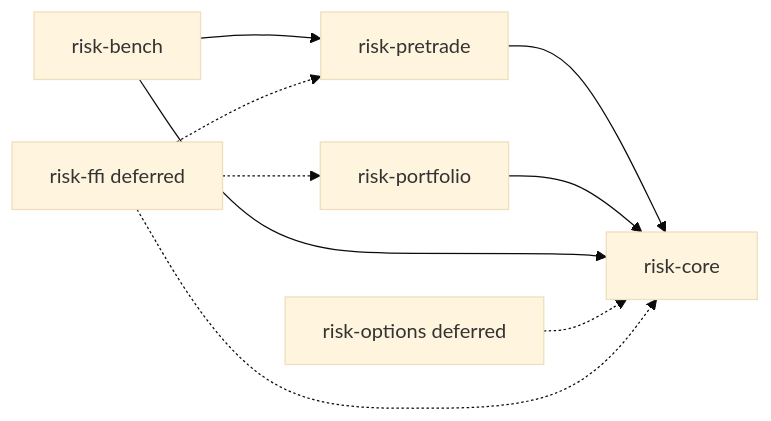
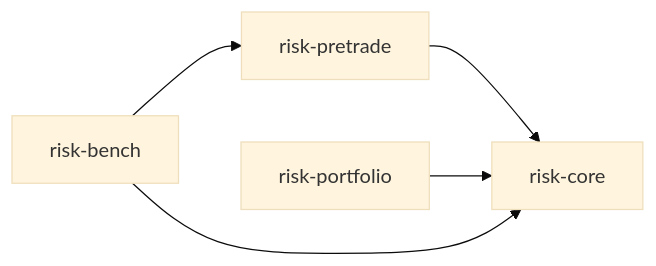
Before and after one commit to gregorian-09/riskflow: the second of 4 diagrams in docs/architecture.md, drawn with Mermaid (base theme). The commit also changed other lines of this file and 13 other files, not shown here.

````diff
--- a/docs/architecture.md
+++ b/docs/architecture.md
@@ -26,18 +24,12 @@
 ```mermaid
 flowchart LR
     core[risk-core]
     pretrade[risk-pretrade]
     portfolio[risk-portfolio]
     bench[risk-bench]
-    options[risk-options deferred]
-    ffi[risk-ffi deferred]
 
     pretrade --> core
     portfolio --> core
     bench --> pretrade
     bench --> core
-    options -.-> core
-    ffi -.-> core
-    ffi -.-> pretrade
-    ffi -.-> portfolio
 ```
````
